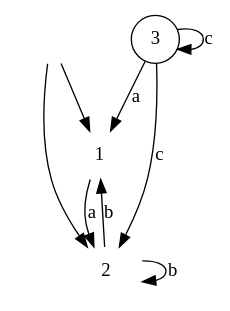
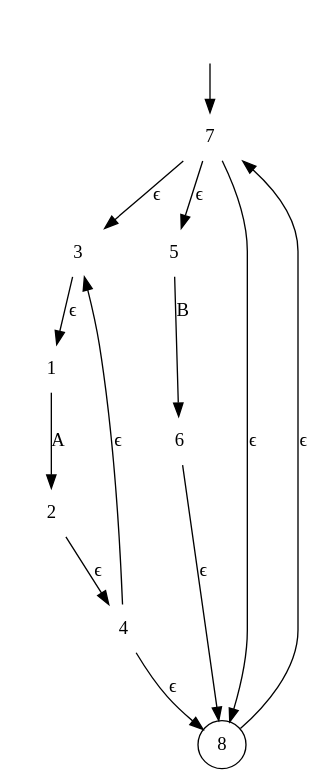
The diagram in images/nfa_3.gv (gg9192/TOC_project), drawn with Graphviz before and after one commit. The commit also changed 9 other files, not shown here.

```diff
--- a/images/nfa_3.gv
+++ b/images/nfa_3.gv
@@ -1,14 +1,23 @@
 digraph nfa {
 	Start [label="" shape=none]
 	1 [label=1 shape=plaintext]
 	2 [label=2 shape=plaintext]
-	3 [label=3 shape=circle]
-	Start -> 1
-	Start -> 2
-	3 -> 1 [label=a]
-	3 -> 2 [label=c]
-	3 -> 3 [label=c]
-	1 -> 2 [label=a]
-	2 -> 1 [label=b]
-	2 -> 2 [label=b]
+	3 [label=3 shape=plaintext]
+	4 [label=4 shape=plaintext]
+	5 [label=5 shape=plaintext]
+	6 [label=6 shape=plaintext]
+	7 [label=7 shape=plaintext]
+	8 [label=8 shape=circle]
+	Start -> 7
+	7 -> 8 [label="ϵ"]
+	7 -> 3 [label="ϵ"]
+	7 -> 5 [label="ϵ"]
+	3 -> 1 [label="ϵ"]
+	1 -> 2 [label=A]
+	2 -> 4 [label="ϵ"]
+	4 -> 8 [label="ϵ"]
+	4 -> 3 [label="ϵ"]
+	5 -> 6 [label=B]
+	6 -> 8 [label="ϵ"]
+	8 -> 7 [label="ϵ"]
 }
```
